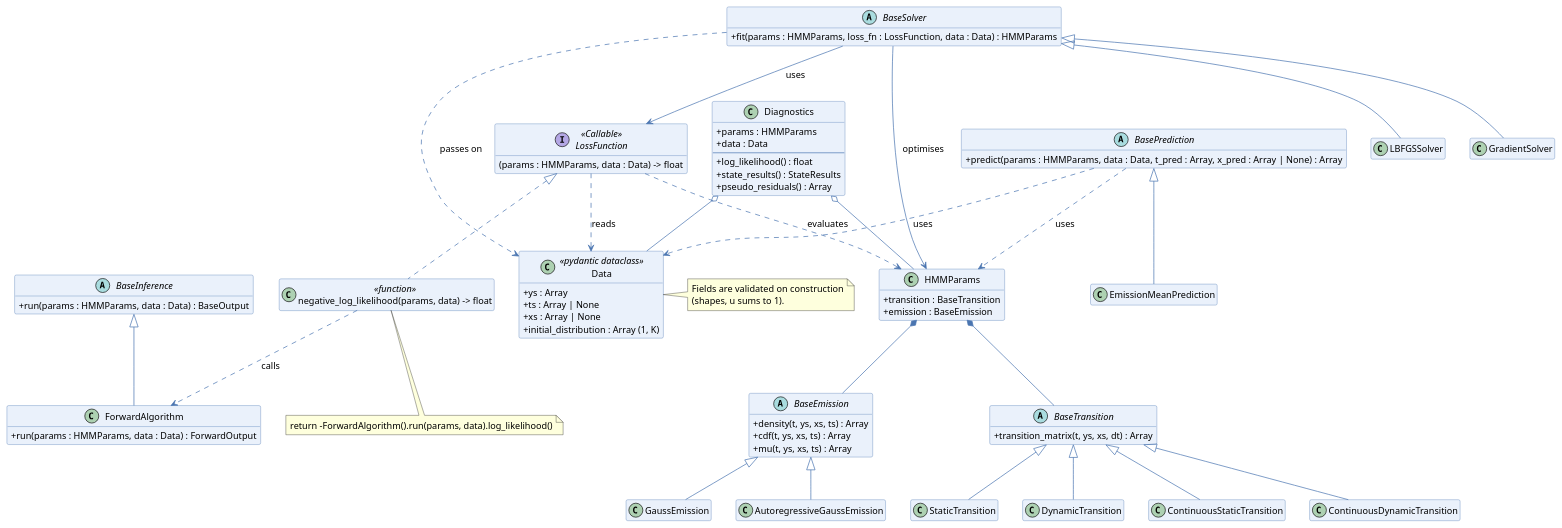
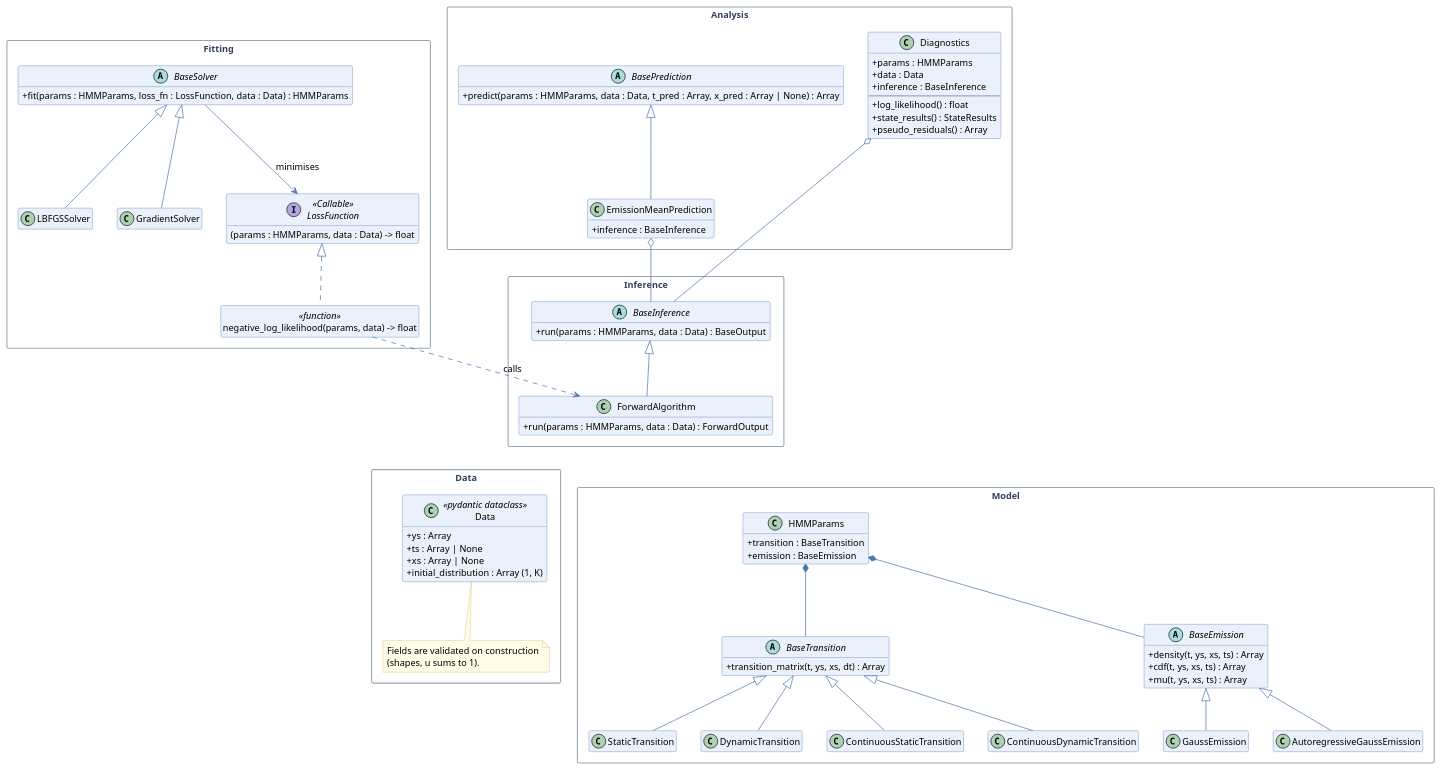
One commit to Maccen26/hmm-modelling changed the diagram in docs/diagrams/07_v4_hmm_refactor.puml. Above: the diagram before and after it, drawn with PlantUML.

Commit message:
Finilized the the diagram

```diff
--- a/docs/diagrams/07_v4_hmm_refactor.puml
+++ b/docs/diagrams/07_v4_hmm_refactor.puml
@@ -1,125 +1,144 @@
 @startuml 07_v4_hmm_refactor
-' Proposed v4 structure: HMMParams is built from a transition and an emission
-' (abstract base classes with concrete implementations underneath). The data,
-' including the initial state distribution, lives in a Pydantic dataclass that
-' the solver hands to the loss function together with HMMParams.
+' Proposed v4 structure.
+'
+'   Model     - HMMParams = a transition + an emission (abstract bases, concrete
+'               implementations underneath).
+'   Data      - the observations plus the initial state distribution, as a
+'               Pydantic dataclass.
+'   Fitting   - a solver minimises a loss function of (HMMParams, Data).
+'   Inference - the forward algorithm, used by the loss, the diagnostics and
+'               the prediction.
+'   Analysis  - diagnostics and prediction on a fitted model.
+'
+' To keep the picture readable, HMMParams and Data are not drawn as arrows from
+' every class that takes them: they appear in the method signatures instead.
 
 skinparam backgroundColor #FFFFFF
 skinparam shadowing false
 skinparam defaultFontName SansSerif
 skinparam defaultFontSize 13
 skinparam classAttributeIconSize 0
+skinparam packageStyle rectangle
 skinparam ArrowColor #4A75B0
 skinparam class {
     BackgroundColor #EAF1FB
     BorderColor #4A75B0
 }
+skinparam package {
+    BorderColor #9AA5B1
+    FontColor #33415C
+}
+skinparam note {
+    BackgroundColor #FFFCE8
+    BorderColor #C9B458
+}
 hide empty members
+hide <<function>> circle
 
-class HMMParams {
-    + transition : BaseTransition
-    + emission : BaseEmission
+' ------------------------------------------------------------------ fitting
+package "Fitting" {
+    abstract class BaseSolver {
+        + fit(params : HMMParams, loss_fn : LossFunction, data : Data) : HMMParams
+    }
+    class LBFGSSolver
+    class GradientSolver
+
+    interface LossFunction <<Callable>> {
+        (params : HMMParams, data : Data) -> float
+    }
+    class "negative_log_likelihood(params, data) -> float" as nll <<function>>
+
+    BaseSolver <|-- LBFGSSolver
+    BaseSolver <|-- GradientSolver
+    BaseSolver --> LossFunction : minimises
+    LossFunction <|.. nll
 }
 
-class Data <<pydantic dataclass>> {
-    + ys : Array
-    + ts : Array | None
-    + xs : Array | None
-    {field} + initial_distribution : Array (1, K)
-}
-note right of Data
-  Fields are validated on construction
-  (shapes, u sums to 1).
-end note
+' ------------------------------------------------------------------ analysis
+package "Analysis" {
+    class Diagnostics {
+        + params : HMMParams
+        + data : Data
+        + inference : BaseInference
+        --
+        + log_likelihood() : float
+        + state_results() : StateResults
+        + pseudo_residuals() : Array
+    }
 
-abstract class BaseTransition {
-    + transition_matrix(t, ys, xs, dt) : Array
+    abstract class BasePrediction {
+        + predict(params : HMMParams, data : Data, t_pred : Array, x_pred : Array | None) : Array
+    }
+    class EmissionMeanPrediction {
+        + inference : BaseInference
+    }
+    BasePrediction <|-- EmissionMeanPrediction
 }
 
-abstract class BaseEmission {
-    + density(t, ys, xs, ts) : Array
-    + cdf(t, ys, xs, ts) : Array
-    + mu(t, ys, xs, ts) : Array
+' ------------------------------------------------------------------ inference
+package "Inference" {
+    abstract class BaseInference {
+        + run(params : HMMParams, data : Data) : BaseOutput
+    }
+    class ForwardAlgorithm {
+        + run(params : HMMParams, data : Data) : ForwardOutput
+    }
+    BaseInference <|-- ForwardAlgorithm
 }
 
-class StaticTransition
-class DynamicTransition
-class ContinuousStaticTransition
-class ContinuousDynamicTransition
+nll ..> ForwardAlgorithm : calls
+Diagnostics o-- BaseInference
+EmissionMeanPrediction o-- BaseInference
 
-class GaussEmission
-class AutoregressiveGaussEmission
-
-HMMParams *-- BaseTransition
-HMMParams *-- BaseEmission
-
-BaseTransition <|-- StaticTransition
-BaseTransition <|-- DynamicTransition
-BaseTransition <|-- ContinuousStaticTransition
-BaseTransition <|-- ContinuousDynamicTransition
-
-BaseEmission <|-- GaussEmission
-BaseEmission <|-- AutoregressiveGaussEmission
-
-' --- Fitting: a solver minimises a loss over HMMParams ---
-abstract class BaseSolver {
-    + fit(params : HMMParams, loss_fn : LossFunction, data : Data) : HMMParams
+' ------------------------------------------------------------------ data
+package "Data" as DataPkg {
+    class Data <<pydantic dataclass>> {
+        + ys : Array
+        + ts : Array | None
+        + xs : Array | None
+        {field} + initial_distribution : Array (1, K)
+    }
+    note bottom of Data
+      Fields are validated on construction
+      (shapes, u sums to 1).
+    end note
 }
 
-interface LossFunction <<Callable>> {
-    (params : HMMParams, data : Data) -> float
+' ------------------------------------------------------------------ model
+package "Model" {
+    class HMMParams {
+        + transition : BaseTransition
+        + emission : BaseEmission
+    }
+
+    abstract class BaseTransition {
+        + transition_matrix(t, ys, xs, dt) : Array
+    }
+    abstract class BaseEmission {
+        + density(t, ys, xs, ts) : Array
+        + cdf(t, ys, xs, ts) : Array
+        + mu(t, ys, xs, ts) : Array
+    }
+
+    class StaticTransition
+    class DynamicTransition
+    class ContinuousStaticTransition
+    class ContinuousDynamicTransition
+    class GaussEmission
+    class AutoregressiveGaussEmission
+
+    HMMParams *-- BaseTransition
+    HMMParams *-- BaseEmission
+    BaseTransition <|-- StaticTransition
+    BaseTransition <|-- DynamicTransition
+    BaseTransition <|-- ContinuousStaticTransition
+    BaseTransition <|-- ContinuousDynamicTransition
+    BaseEmission <|-- GaussEmission
+    BaseEmission <|-- AutoregressiveGaussEmission
 }
 
-class LBFGSSolver
-class GradientSolver
-class "negative_log_likelihood(params, data) -> float" as negative_log_likelihood <<function>>
-note bottom of negative_log_likelihood
-  return -ForwardAlgorithm().run(params, data).log_likelihood()
-end note
-
-' --- Inference: runs the HMM recursions over the data ---
-abstract class BaseInference {
-    + run(params : HMMParams, data : Data) : BaseOutput
-}
-
-class ForwardAlgorithm {
-    + run(params : HMMParams, data : Data) : ForwardOutput
-}
-
-BaseInference <|-- ForwardAlgorithm
-negative_log_likelihood ..> ForwardAlgorithm : calls
-
-BaseSolver <|-- LBFGSSolver
-BaseSolver <|-- GradientSolver
-LossFunction <|.. negative_log_likelihood
-
-BaseSolver --> LossFunction : uses
-BaseSolver --> HMMParams : optimises
-LossFunction ..> HMMParams : evaluates
-LossFunction ..> Data : reads
-
-' --- Diagnostics and prediction on a fitted model ---
-class Diagnostics {
-    + params : HMMParams
-    + data : Data
-    --
-    + log_likelihood() : float
-    + state_results() : StateResults
-    + pseudo_residuals() : Array
-}
-
-abstract class BasePrediction {
-    + predict(params : HMMParams, data : Data, t_pred : Array, x_pred : Array | None) : Array
-}
-
-class EmissionMeanPrediction
-
-BasePrediction <|-- EmissionMeanPrediction
-
-Diagnostics o-- HMMParams
-Diagnostics o-- Data
-BasePrediction ..> HMMParams : uses
-BasePrediction ..> Data : uses
-BaseSolver ..> Data : passes on
+' Invisible links only steer the layout: Data and Model sit below Inference.
+ForwardAlgorithm -[hidden]down- Data
+ForwardAlgorithm -[hidden]down- HMMParams
 
 @enduml
```
